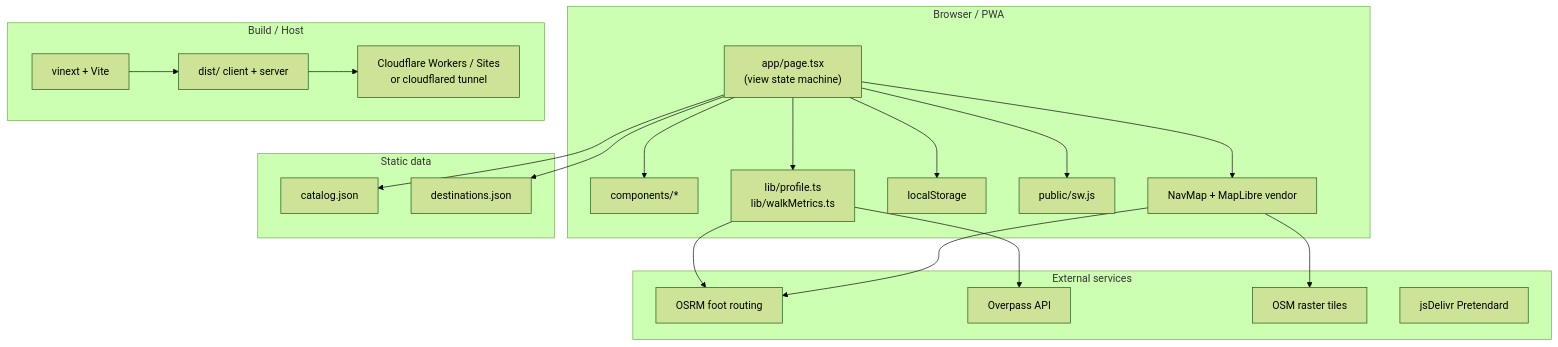
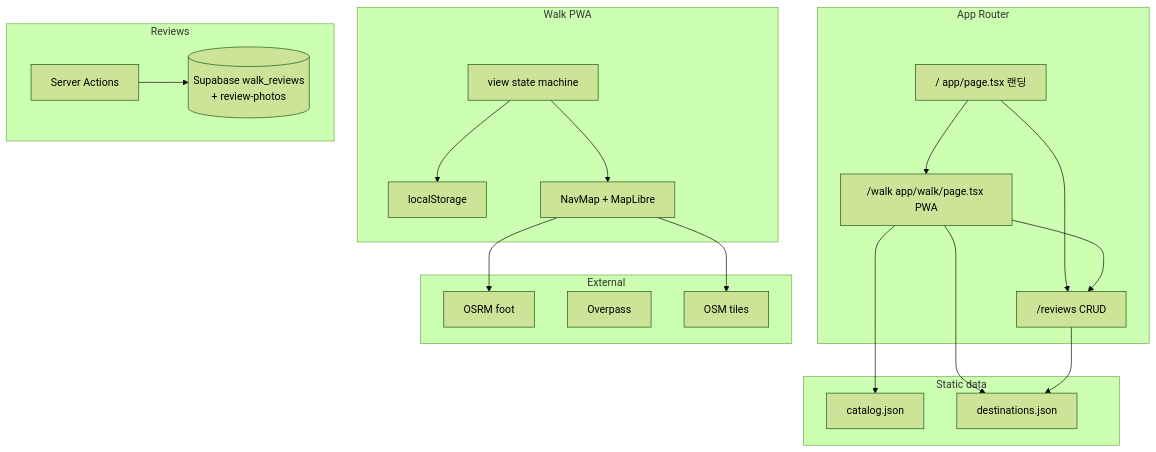
Before and after one commit to leehyering01-spec/mampyeonhan-sanchek: the first of 3 diagrams in ARCHITECTURE.md, drawn with Mermaid (forest theme). The commit also changed other lines of this file and 8 other files, not shown here.

````diff
--- a/ARCHITECTURE.md
+++ b/ARCHITECTURE.md
@@ -9,42 +9,42 @@
 ```mermaid
 flowchart TB
-  subgraph Client["Browser / PWA"]
-    Page["app/page.tsx\n(view state machine)"]
-    Comp["components/*"]
-    Lib["lib/profile.ts\nlib/walkMetrics.ts"]
+  subgraph Routes["App Router"]
+    Landing["/ app/page.tsx 랜딩"]
+    Walk["/walk app/walk/page.tsx PWA"]
+    Reviews["/reviews CRUD"]
+  end
+
+  subgraph WalkClient["Walk PWA"]
+    WalkPage["view state machine"]
     LS["localStorage"]
-    SW["public/sw.js"]
-    Map["NavMap + MapLibre vendor"]
-    Page --> Comp
-    Page --> Lib
-    Page --> LS
-    Page --> Map
-    Page --> SW
+    Map["NavMap + MapLibre"]
+    WalkPage --> LS
+    WalkPage --> Map
+  end
+
+  subgraph ReviewSrv["Reviews"]
+    Actions["Server Actions"]
+    SB[(Supabase walk_reviews\n+ review-photos)]
+    Actions --> SB
   end
 
   subgraph Static["Static data"]
     Cat["catalog.json"]
     Dest["destinations.json"]
   end
 
-  subgraph External["External services"]
-    OSRM["OSRM foot routing"]
-    Overpass["Overpass API"]
-    OSM["OSM raster tiles"]
-    Font["jsDelivr Pretendard"]
+  subgraph External["External"]
+    OSRM["OSRM foot"]
+    Overpass["Overpass"]
+    OSM["OSM tiles"]
   end
 
-  subgraph Build["Build / Host"]
-    Vinext["vinext + Vite"]
-    Dist["dist/ client + server"]
-    CF["Cloudflare Workers / Sites\nor cloudflared tunnel"]
-  end
-
-  Page --> Cat
-  Page --> Dest
+  Landing --> Reviews
+  Landing --> Walk
+  Walk --> Reviews
+  Walk --> Cat
+  Walk --> Dest
+  Reviews --> Dest
   Map --> OSRM
-  Lib --> OSRM
-  Lib --> Overpass
   Map --> OSM
-  Vinext --> Dist --> CF
 ```
````
